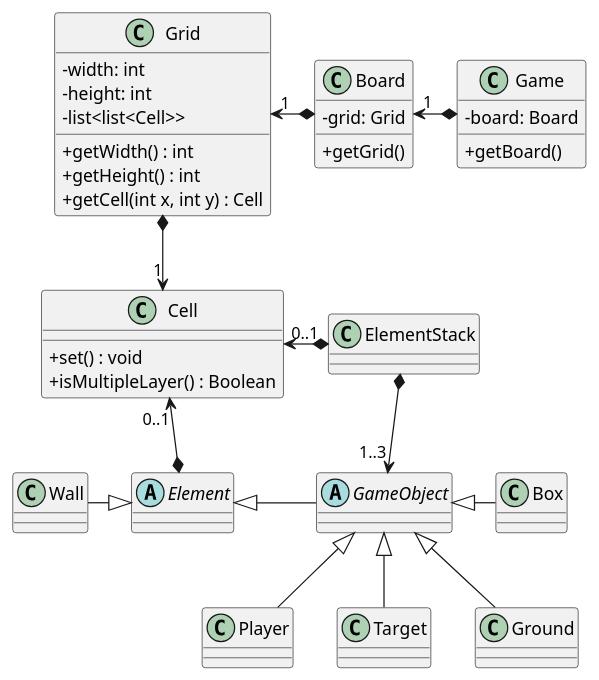
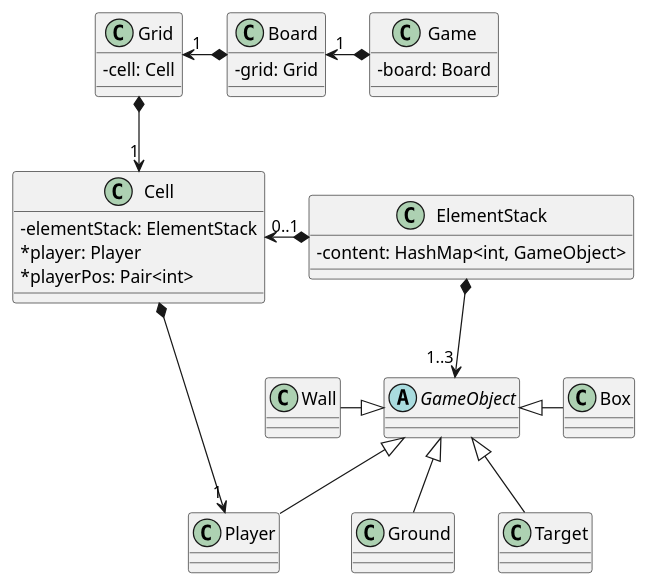
Before and after one commit to FebScap/ANC3_Sokoban: the diagram in src/main/resources/sokoban_domain.puml, drawn with PlantUML.

Commit message:
doc(uml): refactor du model

```diff
--- a/src/main/resources/sokoban_domain.puml
+++ b/src/main/resources/sokoban_domain.puml
@@ -1,73 +1,64 @@
 @startuml
 
 skinparam classAttributeIconSize 0
 skinparam defaultFontName Consolas
 !pragma useIntermediatePackages false
 
 class Game {
     -board: Board
-    +getBoard()
 }
 
 class Board {
     -grid: Grid
-    +getGrid()
 }
 
 class Grid {
-    -width: int
-    -height: int
-    -list<list<Cell>>
-    +getWidth() : int
-    +getHeight() : int
-    +getCell(int x, int y) : Cell
+    -cell: Cell
 }
 
 class Cell {
-    +set() : void
-    +isMultipleLayer() : Boolean
+    -elementStack: ElementStack
+    *player: Player
+    *playerPos: Pair<int>
 }
 
 abstract class GameObject {
 }
 
-abstract class Element {
+class ElementStack {
+    -content: HashMap<int, GameObject>
 }
-
-class ElementStack {}
 
 class Wall {
 }
 
 class Box {
 }
 
 class Player {
 }
 
 class Target {
 }
 
 class Ground {
 }
 
 Game *-left-> "1" Board
 Board *-left-> "1" Grid
 Grid *-down-> "1" Cell
 
 ElementStack *-left-> "0..1" Cell
-
+Cell *--> "1" Player
 
 
 ElementStack *-down-> "1..3" GameObject
 GameObject <|-right- Box
 GameObject <|-down- Target
 GameObject <|-down- Player
 GameObject <|-down- Ground
 
-Element *-up-> "0..1" Cell
-Element <|-left- Wall
-Element <|-right- GameObject
+GameObject <|-left- Wall
 
 
 @enduml
```
